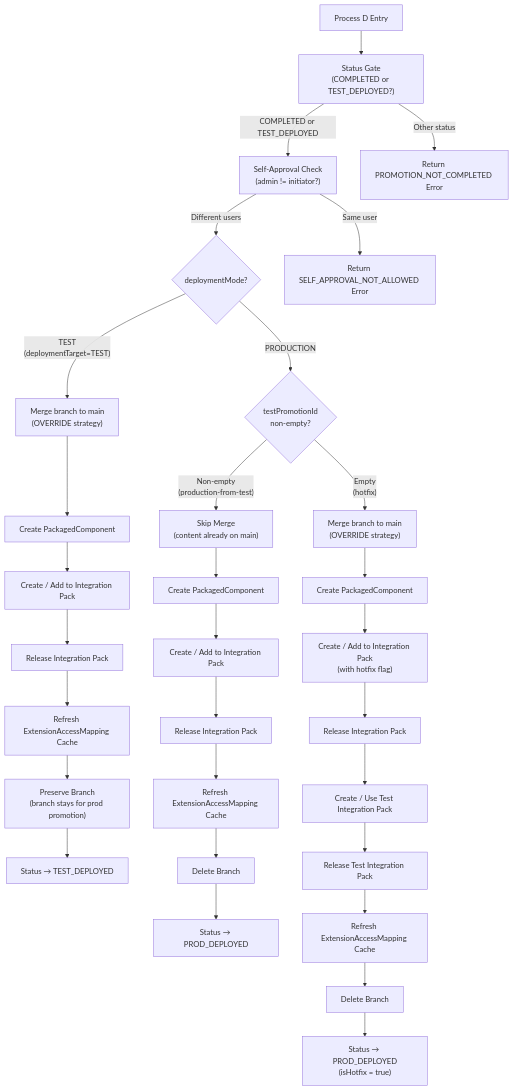
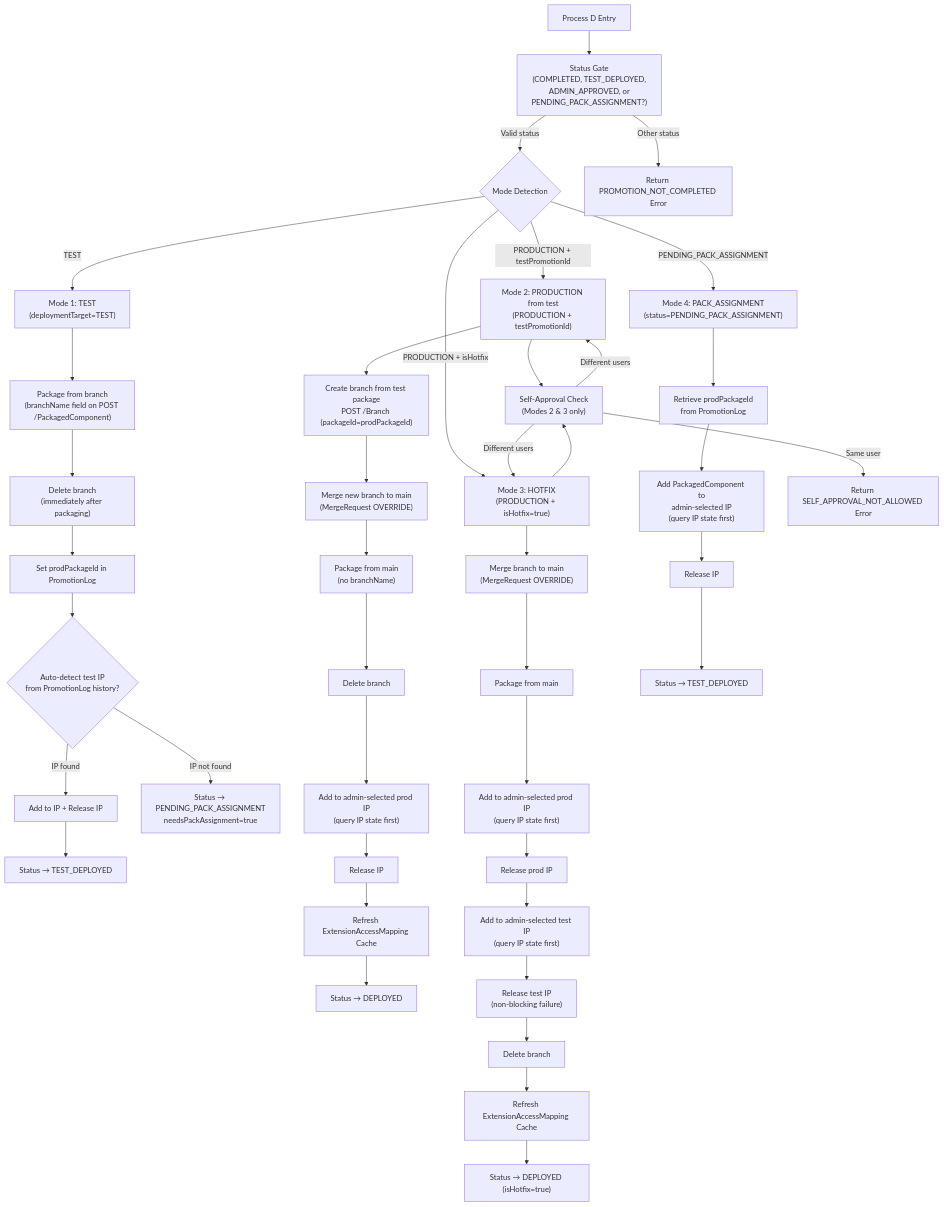
The diagram in docs/build-guide/11-process-d-package-and-deploy.md (7A9599F5/boomi-team-flow), drawn with Mermaid before and after one commit. The commit also changed other lines of this file and 3 other files, not shown here.

First line of the commit message:
feat(process-d): rewrite deployment flow — 4 modes, branch protection, admin IP ownership

````diff
--- a/docs/build-guide/11-process-d-package-and-deploy.md
+++ b/docs/build-guide/11-process-d-package-and-deploy.md
@@ -130,56 +151,73 @@
 ```mermaid
 flowchart TD
     entryNode["Process D Entry"]
-    statusGate["Status Gate\n(COMPLETED or TEST_DEPLOYED?)"]
-    selfCheck["Self-Approval Check\n(admin != initiator?)"]
-    modeDecision{"deploymentMode?"}
-    testPromotionCheck{"testPromotionId\nnon-empty?"}
+    statusGate["Status Gate\n(COMPLETED, TEST_DEPLOYED,\nADMIN_APPROVED, or\nPENDING_PACK_ASSIGNMENT?)"]
+    modeCheck{"Mode Detection"}
 
-    testMerge["Merge branch to main\n(OVERRIDE strategy)"]
-    testPackage["Create PackagedComponent"]
-    testPack["Create / Add to Integration Pack"]
-    testRelease["Release Integration Pack"]
-    testCache["Refresh ExtensionAccessMapping Cache"]
-    testBranchKeep["Preserve Branch\n(branch stays for prod promotion)"]
-    testStatus["Status → TEST_DEPLOYED"]
+    mode1Label["Mode 1: TEST\n(deploymentTarget=TEST)"]
+    mode2Label["Mode 2: PRODUCTION from test\n(PRODUCTION + testPromotionId)"]
+    mode3Label["Mode 3: HOTFIX\n(PRODUCTION + isHotfix=true)"]
+    mode4Label["Mode 4: PACK_ASSIGNMENT\n(status=PENDING_PACK_ASSIGNMENT)"]
 
-    prodSkipMerge["Skip Merge\n(content already on main)"]
-    prodPackage["Create PackagedComponent"]
-    prodPack["Create / Add to Integration Pack"]
-    prodRelease["Release Integration Pack"]
-    prodCache["Refresh ExtensionAccessMapping Cache"]
-    prodBranchDel["Delete Branch"]
-    prodStatus["Status → PROD_DEPLOYED"]
+    selfCheck23["Self-Approval Check\n(Modes 2 & 3 only)"]
 
-    hotfixMerge["Merge branch to main\n(OVERRIDE strategy)"]
-    hotfixPackage["Create PackagedComponent"]
-    hotfixPack["Create / Add to Integration Pack\n(with hotfix flag)"]
-    hotfixRelease["Release Integration Pack"]
-    hotfixTestPack["Create / Use Test Integration Pack"]
-    hotfixTestRelease["Release Test Integration Pack"]
-    hotfixCache["Refresh ExtensionAccessMapping Cache"]
-    hotfixBranchDel["Delete Branch"]
-    hotfixStatus["Status → PROD_DEPLOYED\n(isHotfix = true)"]
+    m1Package["Package from branch\n(branchName field on POST /PackagedComponent)"]
+    m1DeleteBranch["Delete branch\n(immediately after packaging)"]
+    m1SetProdPkg["Set prodPackageId in PromotionLog"]
+    m1AutoDetect{"Auto-detect test IP\nfrom PromotionLog history?"}
+    m1AddIP["Add to IP + Release IP"]
+    m1Status1["Status → TEST_DEPLOYED"]
+    m1Pending["Status → PENDING_PACK_ASSIGNMENT\nneedsPackAssignment=true"]
+
+    m2Branch["Create branch from test package\nPOST /Branch (packageId=prodPackageId)"]
+    m2Merge["Merge new branch to main\n(MergeRequest OVERRIDE)"]
+    m2Package["Package from main\n(no branchName)"]
+    m2DeleteBranch["Delete branch"]
+    m2AddIP["Add to admin-selected prod IP\n(query IP state first)"]
+    m2Release["Release IP"]
+    m2Cache["Refresh ExtensionAccessMapping Cache"]
+    m2Status["Status → DEPLOYED"]
+
+    m3Merge["Merge branch to main\n(MergeRequest OVERRIDE)"]
+    m3Package["Package from main"]
+    m3AddProdIP["Add to admin-selected prod IP\n(query IP state first)"]
+    m3ReleaseProd["Release prod IP"]
+    m3AddTestIP["Add to admin-selected test IP\n(query IP state first)"]
+    m3ReleaseTest["Release test IP\n(non-blocking failure)"]
+    m3DeleteBranch["Delete branch"]
+    m3Cache["Refresh ExtensionAccessMapping Cache"]
+    m3Status["Status → DEPLOYED (isHotfix=true)"]
+
+    m4GetPkg["Retrieve prodPackageId\nfrom PromotionLog"]
+    m4AddIP["Add PackagedComponent to\nadmin-selected IP\n(query IP state first)"]
+    m4Release["Release IP"]
+    m4Status["Status → TEST_DEPLOYED"]
 
     errStatus["Return PROMOTION_NOT_COMPLETED Error"]
     errSelf["Return SELF_APPROVAL_NOT_ALLOWED Error"]
 
     entryNode --> statusGate
-    statusGate -->|"COMPLETED or TEST_DEPLOYED"| selfCheck
+    statusGate -->|"Valid status"| modeCheck
     statusGate -->|"Other status"| errStatus
 
-    selfCheck -->|"Different users"| modeDecision
-    selfCheck -->|"Same user"| errSelf
+    modeCheck -->|"PENDING_PACK_ASSIGNMENT"| mode4Label
+    modeCheck -->|"TEST"| mode1Label
+    modeCheck -->|"PRODUCTION + testPromotionId"| mode2Label
+    modeCheck -->|"PRODUCTION + isHotfix"| mode3Label
 
-    modeDecision -->|"TEST\n(deploymentTarget=TEST)"| testMerge
-    modeDecision -->|"PRODUCTION"| testPromotionCheck
+    mode2Label --> selfCheck23
+    mode3Label --> selfCheck23
+    selfCheck23 -->|"Same user"| errSelf
+    selfCheck23 -->|"Different users"| mode2Label
+    selfCheck23 -->|"Different users"| mode3Label
 
-    testPromotionCheck -->|"Non-empty\n(production-from-test)"| prodSkipMerge
-    testPromotionCheck -->|"Empty\n(hotfix)"| hotfixMerge
+    mode1Label --> m1Package --> m1DeleteBranch --> m1SetProdPkg --> m1AutoDetect
+    m1AutoDetect -->|"IP found"| m1AddIP --> m1Status1
+    m1AutoDetect -->|"IP not found"| m1Pending
 
-    testMerge --> testPackage --> testPack --> testRelease --> testCache --> testBranchKeep --> testStatus
+    mode2Label --> m2Branch --> m2Merge --> m2Package --> m2DeleteBranch --> m2AddIP --> m2Release --> m2Cache --> m2Status
 
-    prodSkipMerge --> prodPackage --> prodPack --> prodRelease --> prodCache --> prodBranchDel --> prodStatus
+    mode3Label --> m3Merge --> m3Package --> m3AddProdIP --> m3ReleaseProd --> m3AddTestIP --> m3ReleaseTest --> m3DeleteBranch --> m3Cache --> m3Status
 
-    hotfixMerge --> hotfixPackage --> hotfixPack --> hotfixRelease --> hotfixTestPack --> hotfixTestRelease --> hotfixCache --> hotfixBranchDel --> hotfixStatus
+    mode4Label --> m4GetPkg --> m4AddIP --> m4Release --> m4Status
 ```
````
